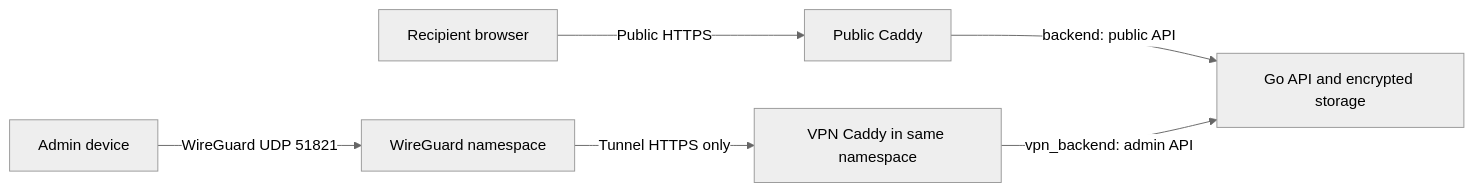
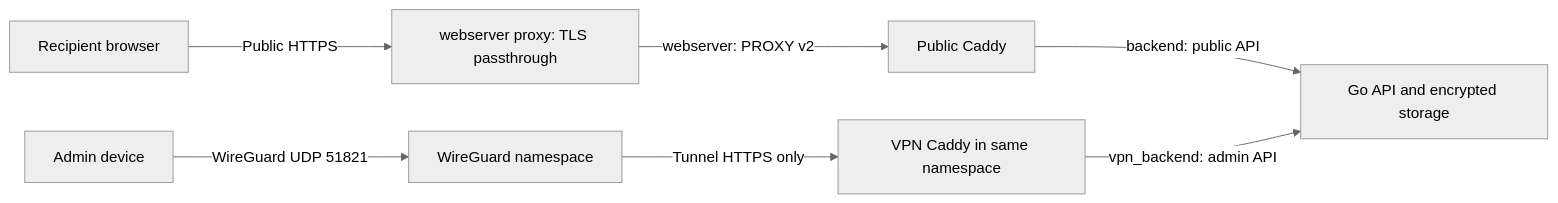
The diagram in README.md (gmiszori/vault.miszori.dev), drawn with Mermaid (neutral theme) before and after one commit. The commit also changed other lines of this file and 5 other files, not shown here.

First line of the commit message:
feat: serve public traffic behind the shared webserver proxy

````diff
--- a/README.md
+++ b/README.md
@@ -203,8 +204,9 @@
 ```mermaid
 flowchart LR
-    Recipient[Recipient browser] -->|Public HTTPS| Public[Public Caddy]
+    Recipient[Recipient browser] -->|Public HTTPS| Edge[webserver proxy: TLS passthrough]
+    Edge -->|webserver: PROXY v2| Public[Public Caddy]
     Public -->|backend: public API| API[Go API and encrypted storage]
     Device[Admin device] -->|WireGuard UDP 51821| WG[WireGuard namespace]
     WG -->|Tunnel HTTPS only| Private[VPN Caddy in same namespace]
     Private -->|vpn_backend: admin API| API
 ```
````
